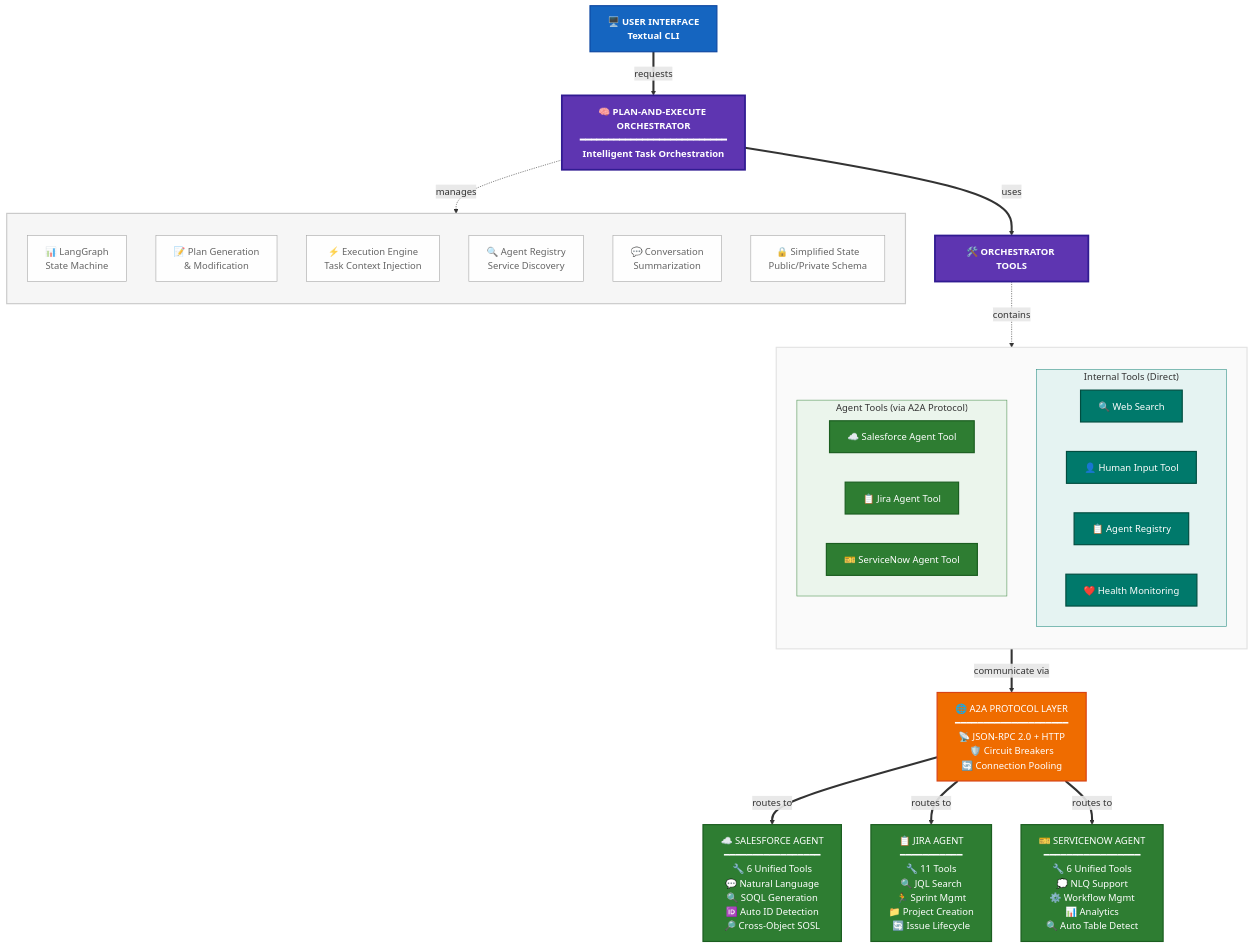
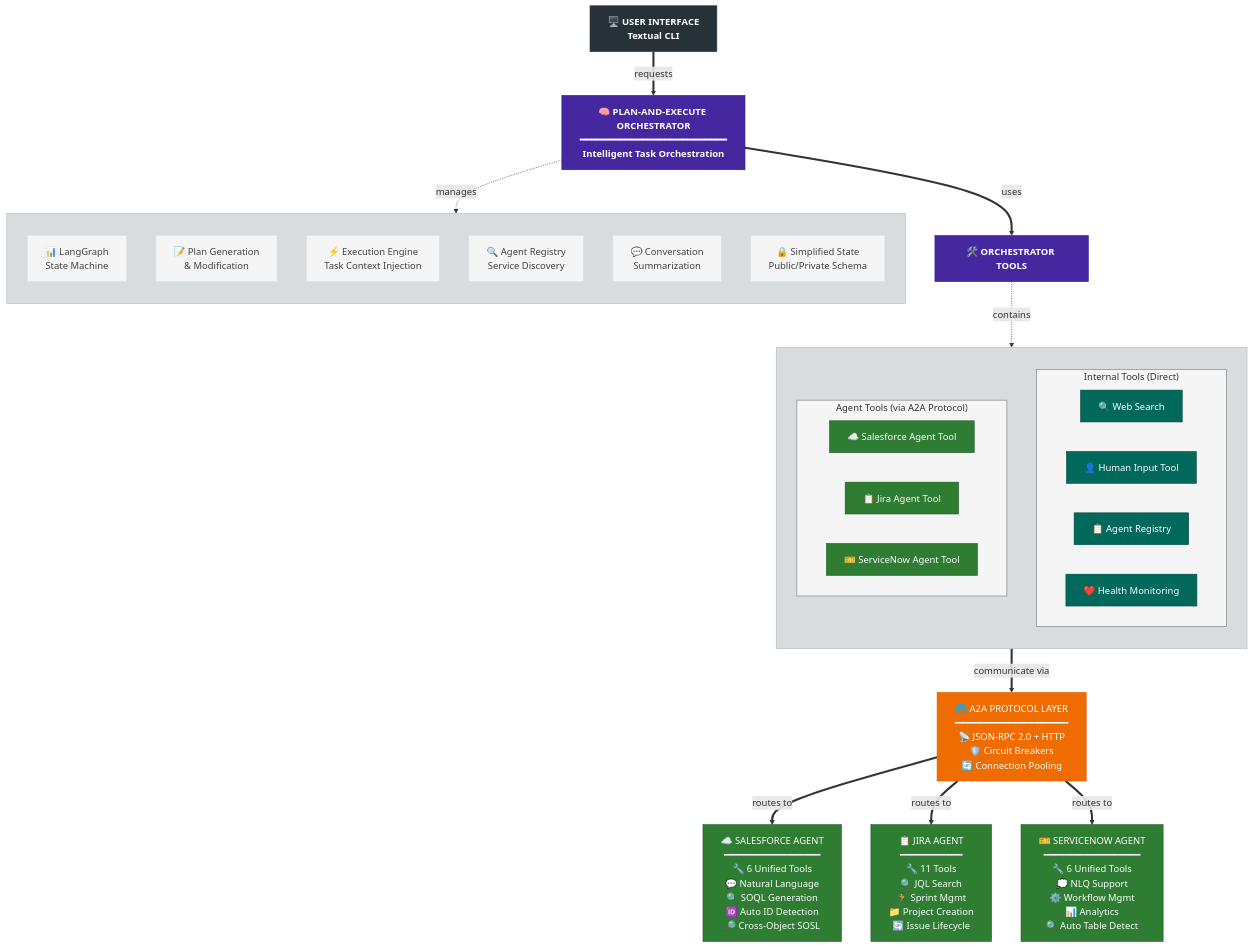
The diagram in README.md (nickpeterson92/consultant-assistant), drawn with Mermaid before and after one commit. The commit also changed 1 other file, not shown here.

Commit message:
right here, its this one.

````diff
--- a/README.md
+++ b/README.md
@@ -66,69 +66,69 @@
 ```mermaid
 flowchart TB
-    %% Modern, sleek color scheme with better contrast
-    classDef uiClass fill:#1565c0,stroke:#0d47a1,stroke-width:2px,color:#ffffff,font-weight:bold
-    classDef orchestratorClass fill:#5e35b1,stroke:#311b92,stroke-width:3px,color:#ffffff,font-weight:bold
-    classDef protocolClass fill:#ef6c00,stroke:#d84315,stroke-width:2px,color:#ffffff
-    classDef agentToolClass fill:#2e7d32,stroke:#1b5e20,stroke-width:2px,color:#ffffff
-    classDef internalToolClass fill:#00796b,stroke:#004d40,stroke-width:2px,color:#ffffff
-    classDef componentClass fill:#ffffff,stroke:#9e9e9e,stroke-width:1px,color:#424242,opacity:0.9
+    %% Modern, sleek color scheme with subtle, muted tones
+    classDef uiClass fill:#263238,stroke:#37474f,stroke-width:1px,color:#ffffff,font-weight:bold
+    classDef orchestratorClass fill:#4527a0,stroke:#311b92,stroke-width:1px,color:#ffffff,font-weight:bold
+    classDef protocolClass fill:#ef6c00,stroke:#e65100,stroke-width:1px,color:#ffffff
+    classDef agentToolClass fill:#2e7d32,stroke:#1b5e20,stroke-width:1px,color:#ffffff
+    classDef internalToolClass fill:#00695c,stroke:#004d40,stroke-width:1px,color:#ffffff
+    classDef componentClass fill:#f5f5f5,stroke:#e0e0e0,stroke-width:1px,color:#424242
     
     %% User Interface Layer
     UI[🖥️ USER INTERFACE<br>Textual CLI]:::uiClass
     
     %% Main Orchestrator
     UI ==>|"requests"| ORCH[🧠 PLAN-AND-EXECUTE ORCHESTRATOR<br>━━━━━━━━━━━━━━━━━━━━━━━━━━<br>Intelligent Task Orchestration]:::orchestratorClass
     
     %% Core Components with semi-transparent styling
     subgraph components[" "]
         direction TB
         LG[📊 LangGraph<br>State Machine]:::componentClass
         PG[📝 Plan Generation<br>& Modification]:::componentClass
         EE[⚡ Execution Engine<br>Task Context Injection]:::componentClass
         AR[🔍 Agent Registry<br>Service Discovery]:::componentClass
         CS[💬 Conversation<br>Summarization]:::componentClass
         SS[🔒 Simplified State<br>Public/Private Schema]:::componentClass
     end
     
     %% All Tools under one umbrella
     ORCH ==>|"uses"| TOOLS[🛠️ ORCHESTRATOR TOOLS]:::orchestratorClass
     
     %% Tools subgraph containing both types
     subgraph tools[" "]
         direction TB
         
         %% Internal Tools (Direct)
         subgraph internal["Internal Tools (Direct)"]
             WS[🔍 Web Search]:::internalToolClass
             HI[👤 Human Input Tool]:::internalToolClass
             REG[📋 Agent Registry]:::internalToolClass
             HM[❤️ Health Monitoring]:::internalToolClass
         end
         
         %% Agent Tools (via A2A)
         subgraph agents["Agent Tools (via A2A Protocol)"]
             SFT[☁️ Salesforce Agent Tool]:::agentToolClass
             JT[📋 Jira Agent Tool]:::agentToolClass
             SNT[🎫 ServiceNow Agent Tool]:::agentToolClass
         end
     end
     
     TOOLS -.->|contains| tools
     
     %% A2A Protocol connection from agent tools
     agents ==>|"communicate via"| PROTOCOL[🌐 A2A PROTOCOL LAYER<br>━━━━━━━━━━━━━━━━━━━━<br>📡 JSON-RPC 2.0 + HTTP<br>🛡️ Circuit Breakers<br>🔄 Connection Pooling]:::protocolClass
     
     %% Remote Agents
     PROTOCOL ==>|"routes to"| SF[☁️ SALESFORCE AGENT<br>━━━━━━━━━━━━━━━━━<br>🔧 6 Unified Tools<br>💬 Natural Language<br>🔍 SOQL Generation<br>🆔 Auto ID Detection<br>🔎 Cross-Object SOSL]:::agentToolClass
     
     PROTOCOL ==>|"routes to"| JIRA[📋 JIRA AGENT<br>━━━━━━━━━━━<br>🔧 11 Tools<br>🔍 JQL Search<br>🏃 Sprint Mgmt<br>📁 Project Creation<br>🔄 Issue Lifecycle]:::agentToolClass
     
     PROTOCOL ==>|"routes to"| SN[🎫 SERVICENOW AGENT<br>━━━━━━━━━━━━━━━━━<br>🔧 6 Unified Tools<br>💭 NLQ Support<br>⚙️ Workflow Mgmt<br>📊 Analytics<br>🔍 Auto Table Detect]:::agentToolClass
     
     %% Styling adjustments
     ORCH -.->|manages| components
-    style components fill:#f5f5f5,stroke:#bdbdbd,stroke-width:2px,opacity:0.8
-    style tools fill:#fafafa,stroke:#e0e0e0,stroke-width:2px,opacity:0.9
-    style internal fill:#e0f2f1,stroke:#00796b,stroke-width:1px,opacity:0.8
-    style agents fill:#e8f5e9,stroke:#2e7d32,stroke-width:1px,opacity:0.8
+    style components fill:#37474f30,stroke:#546e7a60,stroke-width:1px
+    style tools fill:#37474f30,stroke:#546e7a60,stroke-width:1px
+    style internal fill:#f5f5f5,stroke:#757575,stroke-width:1px
+    style agents fill:#f5f5f5,stroke:#757575,stroke-width:1px
 ```
````
